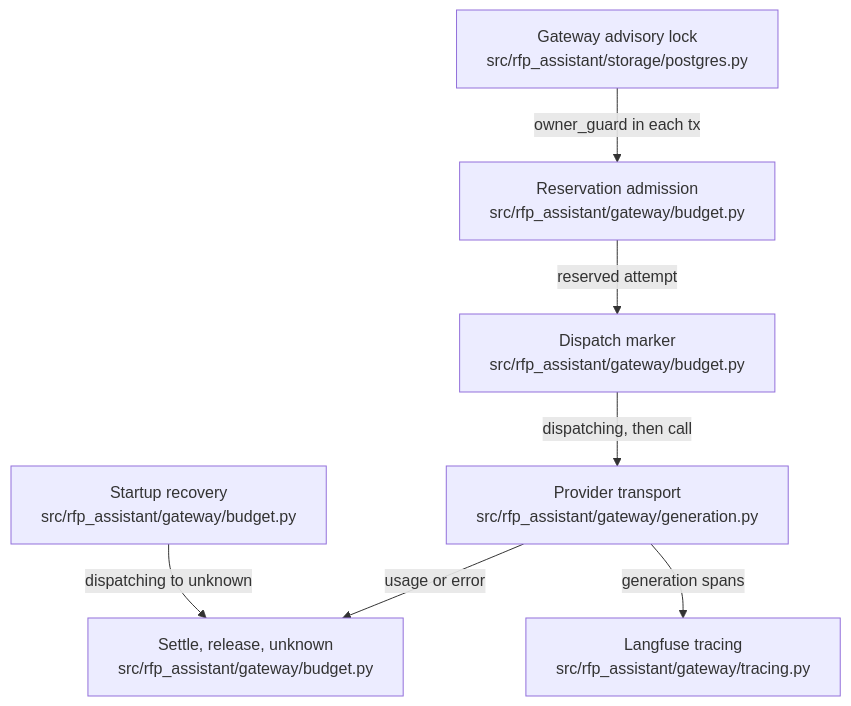
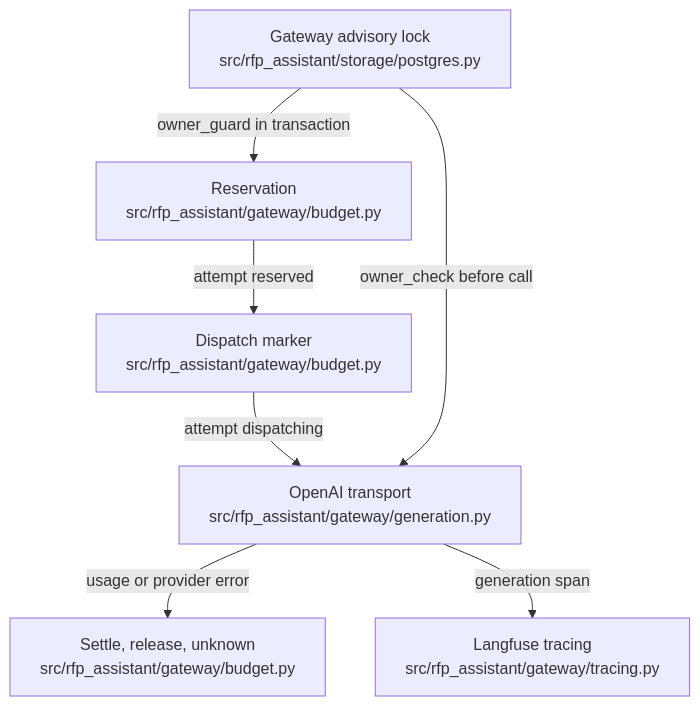
Before and after one commit to littleeeeebit/project-codeit-mid: the diagram in .omm/overall-architecture/paid-gateway/diagram.mmd, drawn with Mermaid. The commit also changed 364 other files, not shown here.

```diff
--- a/.omm/overall-architecture/paid-gateway/diagram.mmd
+++ b/.omm/overall-architecture/paid-gateway/diagram.mmd
@@ -1,7 +1,13 @@
 graph TD
-  gateway-owner["Gateway advisory lock\nsrc/rfp_assistant/storage/postgres.py"] -->|"owner_guard in each tx"| budget-admission["Reservation admission\nsrc/rfp_assistant/gateway/budget.py"]
-  budget-admission -->|"reserved attempt"| dispatch-marker["Dispatch marker\nsrc/rfp_assistant/gateway/budget.py"]
-  dispatch-marker -->|"dispatching, then call"| provider-transport["Provider transport\nsrc/rfp_assistant/gateway/generation.py"]
-  provider-transport -->|"usage or error"| settlement["Settle, release, unknown\nsrc/rfp_assistant/gateway/budget.py"]
-  startup-recovery["Startup recovery\nsrc/rfp_assistant/gateway/budget.py"] -->|"dispatching to unknown"| settlement
-  provider-transport -->|"generation spans"| langfuse-tracing["Langfuse tracing\nsrc/rfp_assistant/gateway/tracing.py"]
+  ledger-reservation["Reservation\nsrc/rfp_assistant/gateway/budget.py"]
+  dispatch-marker["Dispatch marker\nsrc/rfp_assistant/gateway/budget.py"]
+  openai-transport["OpenAI transport\nsrc/rfp_assistant/gateway/generation.py"]
+  settlement["Settle, release, unknown\nsrc/rfp_assistant/gateway/budget.py"]
+  gateway-owner["Gateway advisory lock\nsrc/rfp_assistant/storage/postgres.py"]
+  langfuse-tracing["Langfuse tracing\nsrc/rfp_assistant/gateway/tracing.py"]
+  ledger-reservation -->|attempt reserved| dispatch-marker
+  dispatch-marker -->|attempt dispatching| openai-transport
+  openai-transport -->|usage or provider error| settlement
+  gateway-owner -->|owner_guard in transaction| ledger-reservation
+  gateway-owner -->|owner_check before call| openai-transport
+  openai-transport -->|generation span| langfuse-tracing
```
